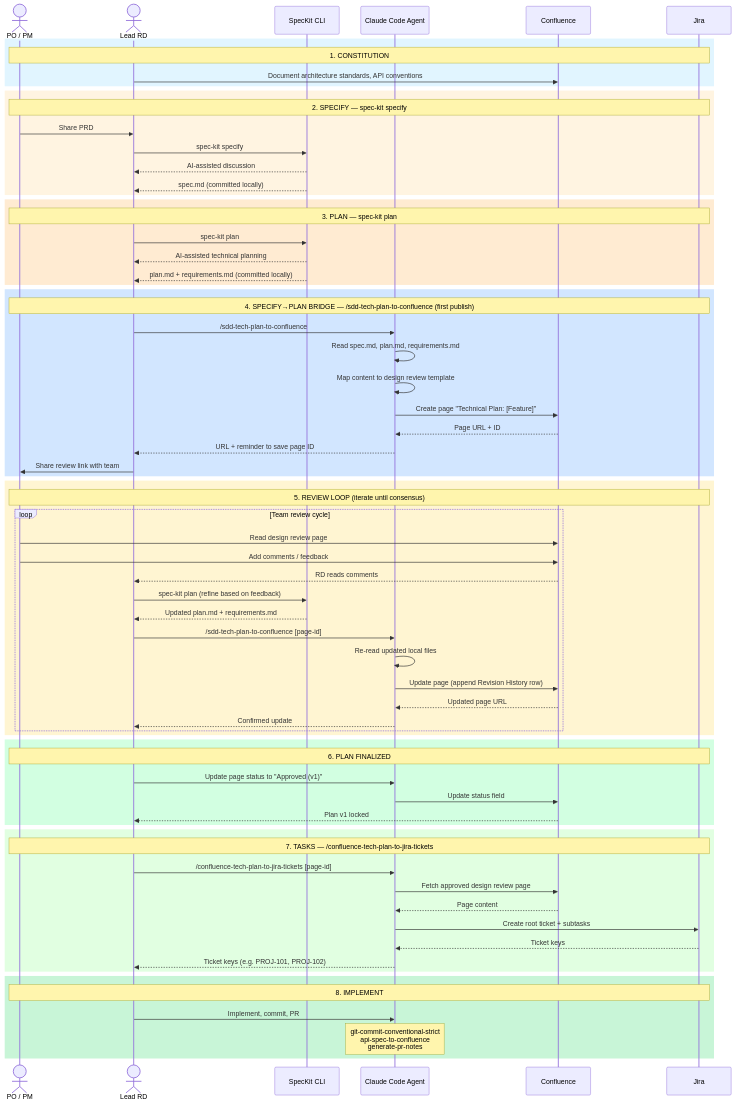
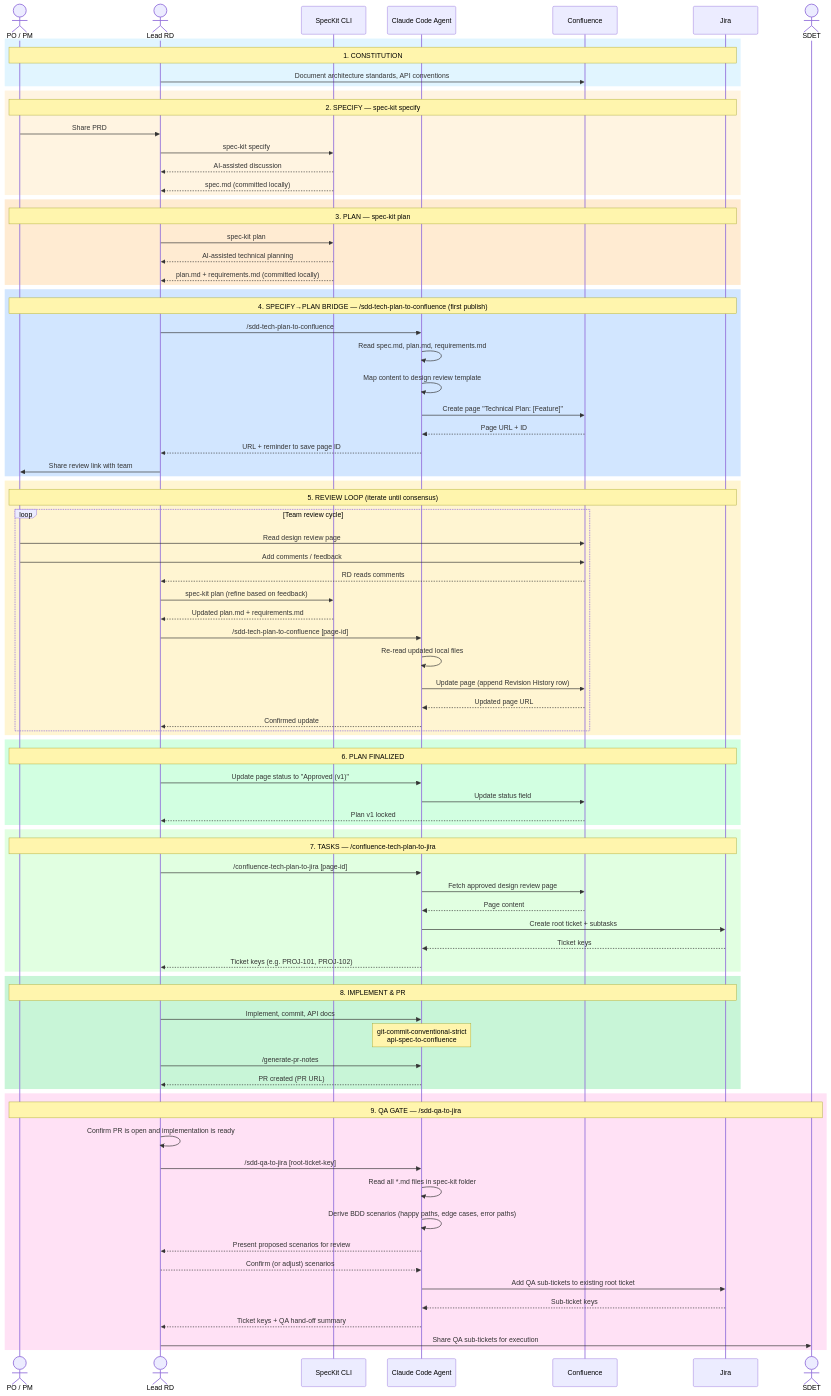
The second of 2 diagrams in docs/sdd-workflow-spec-kit-native.md (jamesyang124/agent-skills), drawn with Mermaid before and after one commit. The commit also changed other lines of this file and 10 other files, not shown here.

````diff
--- a/docs/sdd-workflow-spec-kit-native.md
+++ b/docs/sdd-workflow-spec-kit-native.md
@@ -103,6 +119,7 @@
     participant Agent as Claude Code Agent
     participant CF as Confluence
     participant Jira as Jira
+    actor SDET as SDET
 
     rect rgb(225, 245, 255)
         Note over PO,Jira: 1. CONSTITUTION
@@ -159,8 +176,8 @@
     end
 
     rect rgb(225, 255, 225)
-        Note over PO,Jira: 7. TASKS — /confluence-tech-plan-to-jira-tickets
-        RD->>Agent: /confluence-tech-plan-to-jira-tickets [page-id]
+        Note over PO,Jira: 7. TASKS — /confluence-tech-plan-to-jira
+        RD->>Agent: /confluence-tech-plan-to-jira [page-id]
         Agent->>CF: Fetch approved design review page
         CF-->>Agent: Page content
         Agent->>Jira: Create root ticket + subtasks
@@ -169,8 +186,24 @@
     end
 
     rect rgb(200, 245, 215)
-        Note over PO,Jira: 8. IMPLEMENT
-        RD->>Agent: Implement, commit, PR
-        Note over Agent: git-commit-conventional-strict<br/>api-spec-to-confluence<br/>generate-pr-notes
+        Note over PO,Jira: 8. IMPLEMENT & PR
+        RD->>Agent: Implement, commit, API docs
+        Note over Agent: git-commit-conventional-strict<br/>api-spec-to-confluence
+        RD->>Agent: /generate-pr-notes
+        Agent-->>RD: PR created (PR URL)
+    end
+
+    rect rgb(255, 225, 245)
+        Note over PO,SDET: 9. QA GATE — /sdd-qa-to-jira
+        RD->>RD: Confirm PR is open and implementation is ready
+        RD->>Agent: /sdd-qa-to-jira [root-ticket-key]
+        Agent->>Agent: Read all *.md files in spec-kit folder
+        Agent->>Agent: Derive BDD scenarios (happy paths, edge cases, error paths)
+        Agent-->>RD: Present proposed scenarios for review
+        RD-->>Agent: Confirm (or adjust) scenarios
+        Agent->>Jira: Add QA sub-tickets to existing root ticket
+        Jira-->>Agent: Sub-ticket keys
+        Agent-->>RD: Ticket keys + QA hand-off summary
+        RD->>SDET: Share QA sub-tickets for execution
     end
 ```
````
